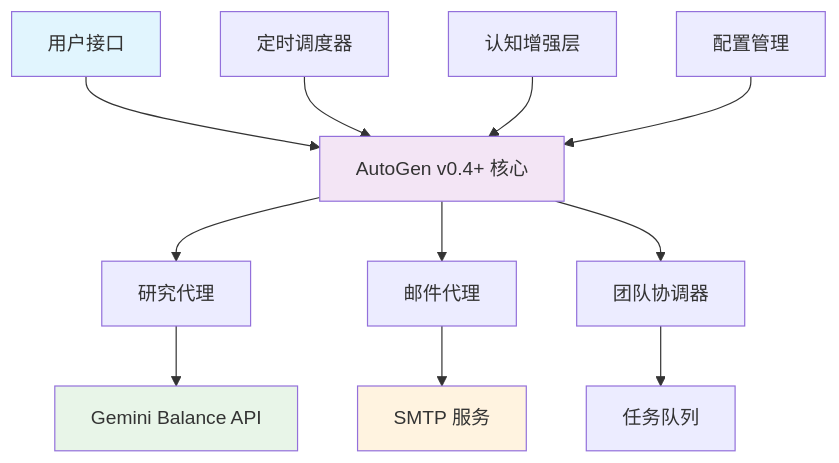
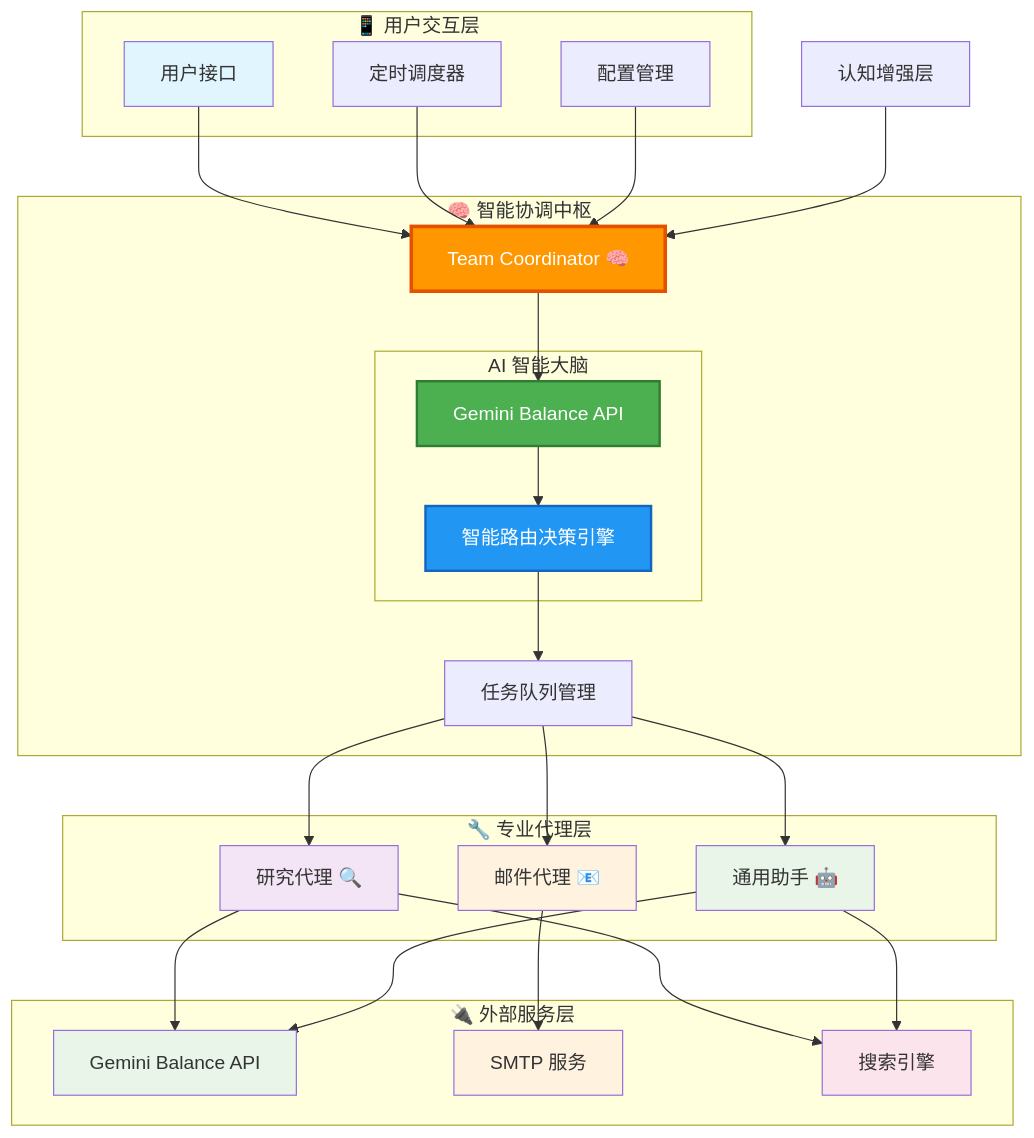
Before and after one commit to tonyhu2006/autogen-multi-agent: the diagram in README.md, drawn with Mermaid. The commit also changed other lines of this file, not shown here.

Commit message:
modified:   README.md # # Changes not staged for commit: #	modified:   agents/base_agent_v4.py #	modified:   main_v4.py #	modified:   teams/team_coordinator_v4.py

````diff
--- a/README.md
+++ b/README.md
@@ -79,20 +79,63 @@
 ```mermaid
 graph TB
-    A[用户接口] --> B[AutoGen v0.4+ 核心]
-    B --> C[研究代理]
-    B --> D[邮件代理]
-    B --> E[团队协调器]
+    subgraph "📱 用户交互层"
+        A[用户接口]
+        I[定时调度器]
+        K[配置管理]
+    end
     
-    C --> F[Gemini Balance API]
-    D --> G[SMTP 服务]
-    E --> H[任务队列]
+    subgraph "🧠 智能协调中枢"
+        TC[Team Coordinator 🧠]
+        subgraph "AI 智能大脑"
+            AI[Gemini Balance API]
+            RT[智能路由决策引擎]
+        end
+        TQ[任务队列管理]
+    end
     
-    I[定时调度器] --> B
-    J[认知增强层] --> B
-    K[配置管理] --> B
+    subgraph "🔧 专业代理层"
+        C[研究代理 🔍]
+        D[邮件代理 📧]
+        GA[通用助手 🤖]
+    end
     
+    subgraph "🔌 外部服务层"
+        F[Gemini Balance API]
+        G[SMTP 服务]
+        S[搜索引擎]
+    end
+    
+    %% 信息流向
+    A --> TC
+    I --> TC
+    K --> TC
+    
+    TC --> AI
+    AI --> RT
+    RT --> TQ
+    
+    TQ --> C
+    TQ --> D
+    TQ --> GA
+    
+    C --> F
+    C --> S
+    D --> G
+    GA --> F
+    GA --> S
+    
+    %% 认知增强
+    J[认知增强层] --> TC
+    
+    %% 样式设置
+    style TC fill:#ff9800,stroke:#e65100,stroke-width:3px,color:#fff
+    style AI fill:#4caf50,stroke:#2e7d32,stroke-width:2px,color:#fff
+    style RT fill:#2196f3,stroke:#1565c0,stroke-width:2px,color:#fff
     style A fill:#e1f5fe
-    style B fill:#f3e5f5
+    style C fill:#f3e5f5
+    style D fill:#fff3e0
+    style GA fill:#e8f5e8
     style F fill:#e8f5e8
     style G fill:#fff3e0
+    style S fill:#fce4ec
 ```
````
